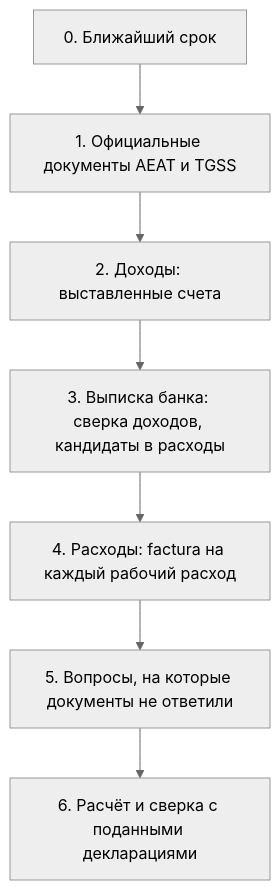
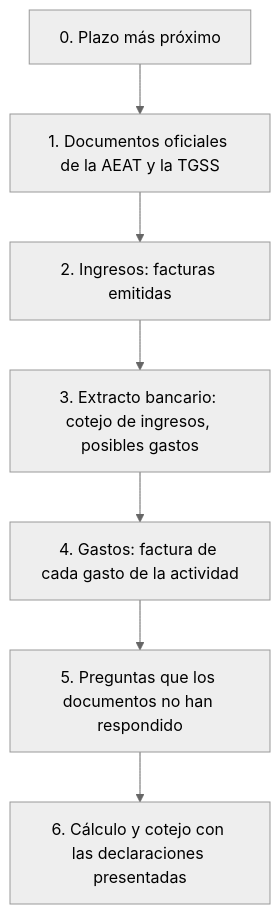
Before and after one commit to gestor-es/gestor-es: the diagram in docs/onboarding.md, drawn with Mermaid (neutral theme). The commit also changed other lines of this file and 50 other files, not shown here.

````diff
--- a/docs/onboarding.md
+++ b/docs/onboarding.md
@@ -8,9 +8,9 @@
 ```mermaid
 flowchart TD
-  S0[0. Ближайший срок] --> S1[1. Официальные документы AEAT и TGSS]
-  S1 --> S2[2. Доходы: выставленные счета]
-  S2 --> S3[3. Выписка банка: сверка доходов, кандидаты в расходы]
-  S3 --> S4[4. Расходы: factura на каждый рабочий расход]
-  S4 --> S5[5. Вопросы, на которые документы не ответили]
-  S5 --> S6[6. Расчёт и сверка с поданными декларациями]
+  S0[0. Plazo más próximo] --> S1[1. Documentos oficiales de la AEAT y la TGSS]
+  S1 --> S2[2. Ingresos: facturas emitidas]
+  S2 --> S3[3. Extracto bancario: cotejo de ingresos, posibles gastos]
+  S3 --> S4[4. Gastos: factura de cada gasto de la actividad]
+  S4 --> S5[5. Preguntas que los documentos no han respondido]
+  S5 --> S6[6. Cálculo y cotejo con las declaraciones presentadas]
 ```
````
